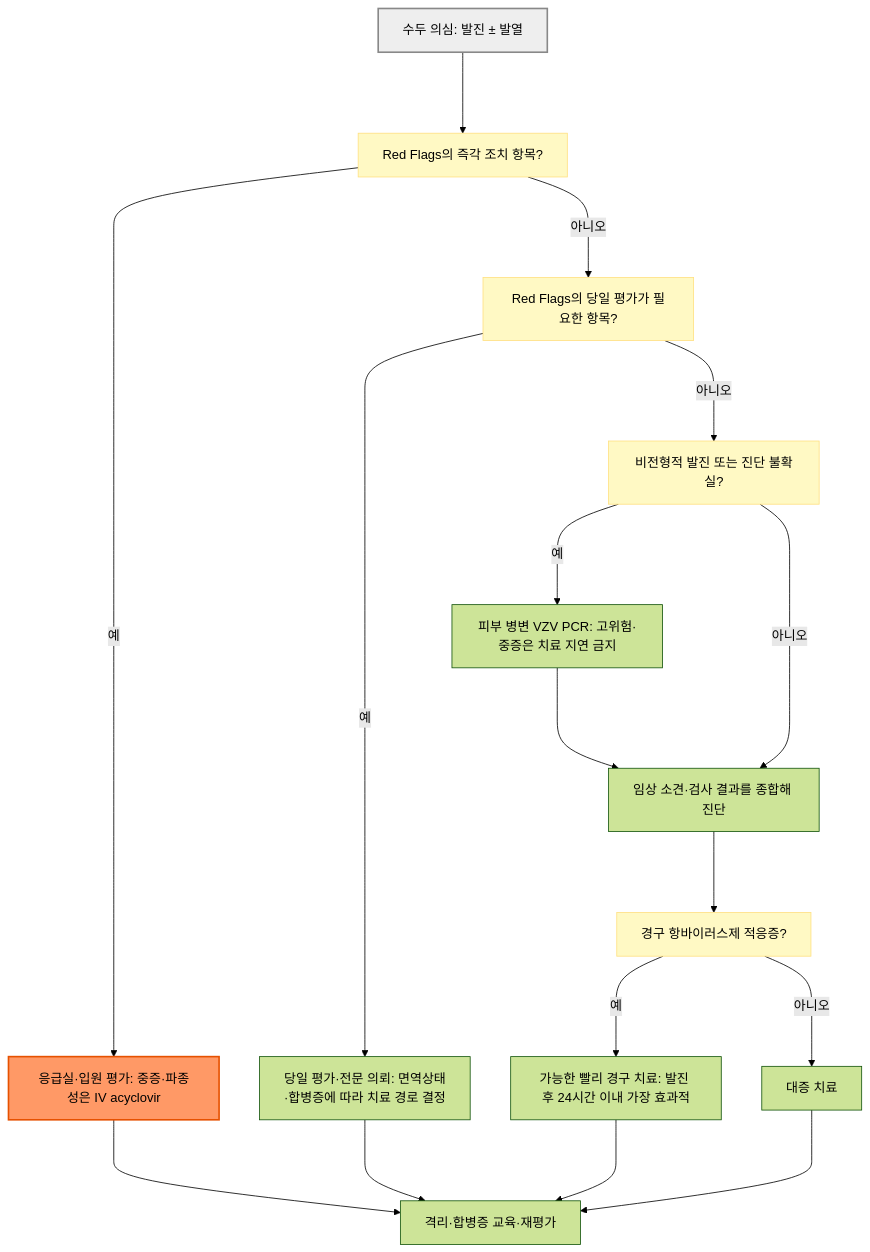
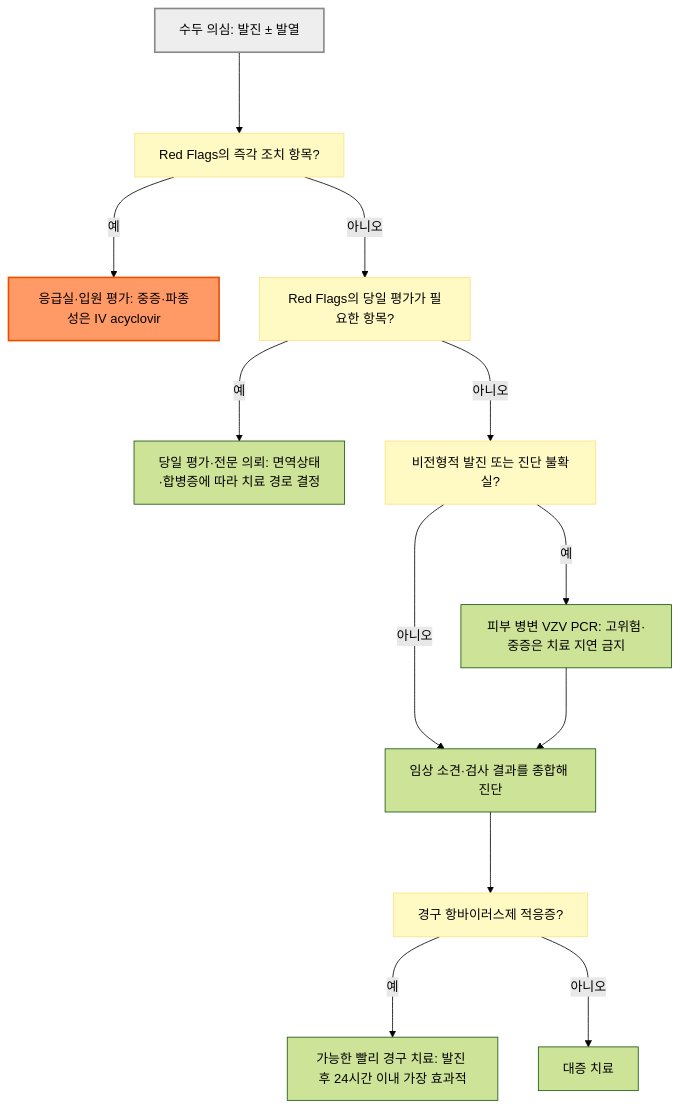
One commit to familyoh77/familyoh77 changed the diagram in 229_/179_-varicella.md. Above: the diagram before and after it, drawn with Mermaid (forest theme). The commit also changed other lines of this file and 9 other files, not shown here.

````diff
--- a/229_/179_-varicella.md
+++ b/229_/179_-varicella.md
@@ -113,25 +111,21 @@
 ```mermaid
 graph TD
     A["수두 의심: 발진 ± 발열"] ---> B["Red Flags의 즉각 조치 항목?"]
-    B --->|예| C["응급실·입원 평가: 중증·파종성은 IV acyclovir"]
-    B --->|아니오| D["Red Flags의 당일 평가가 필요한 항목?"]
-    D --->|예| E["당일 평가·전문 의뢰: 면역상태·합병증에 따라 치료 경로 결정"]
-    D --->|아니오| F["비전형적 발진 또는 진단 불확실?"]
-    F --->|예| G["피부 병변 VZV PCR: 고위험·중증은 치료 지연 금지"]
-    F --->|아니오| H["임상 소견·검사 결과를 종합해 진단"]
+    B --->|"예"| C["응급실·입원 평가: 중증·파종성은 IV acyclovir"]
+    B --->|"아니오"| D["Red Flags의 당일 평가가 필요한 항목?"]
+    D --->|"예"| E["당일 평가·전문 의뢰: 면역상태·합병증에 따라 치료 경로 결정"]
+    D --->|"아니오"| F["비전형적 발진 또는 진단 불확실?"]
+    F --->|"예"| G["피부 병변 VZV PCR: 고위험·중증은 치료 지연 금지"]
+    F --->|"아니오"| H["임상 소견·검사 결과를 종합해 진단"]
     G ---> H
     H ---> I["경구 항바이러스제 적응증?"]
-    I --->|예| J["가능한 빨리 경구 치료: 발진 후 24시간 이내 가장 효과적"]
-    I --->|아니오| K["대증 치료"]
-    E ---> L["격리·합병증 교육·재평가"]
-    C ---> L
-    J ---> L
-    K ---> L
+    I --->|"예"| J["가능한 빨리 경구 치료: 발진 후 24시간 이내 가장 효과적"]
+    I --->|"아니오"| K["대증 치료"]
 
     style A fill:#eeeeee,stroke:#888888,stroke-width:2px
     style C fill:#f96,stroke:#e65100,stroke-width:2px
     style B fill:#fff9c4,stroke:#ffe082
     style D fill:#fff9c4,stroke:#ffe082
     style F fill:#fff9c4,stroke:#ffe082
     style I fill:#fff9c4,stroke:#ffe082
 ```
````
